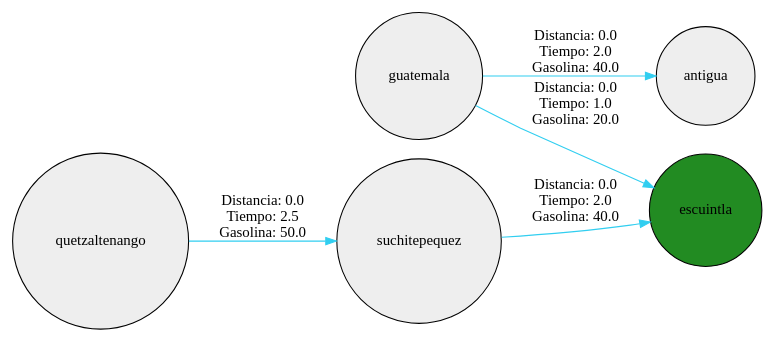
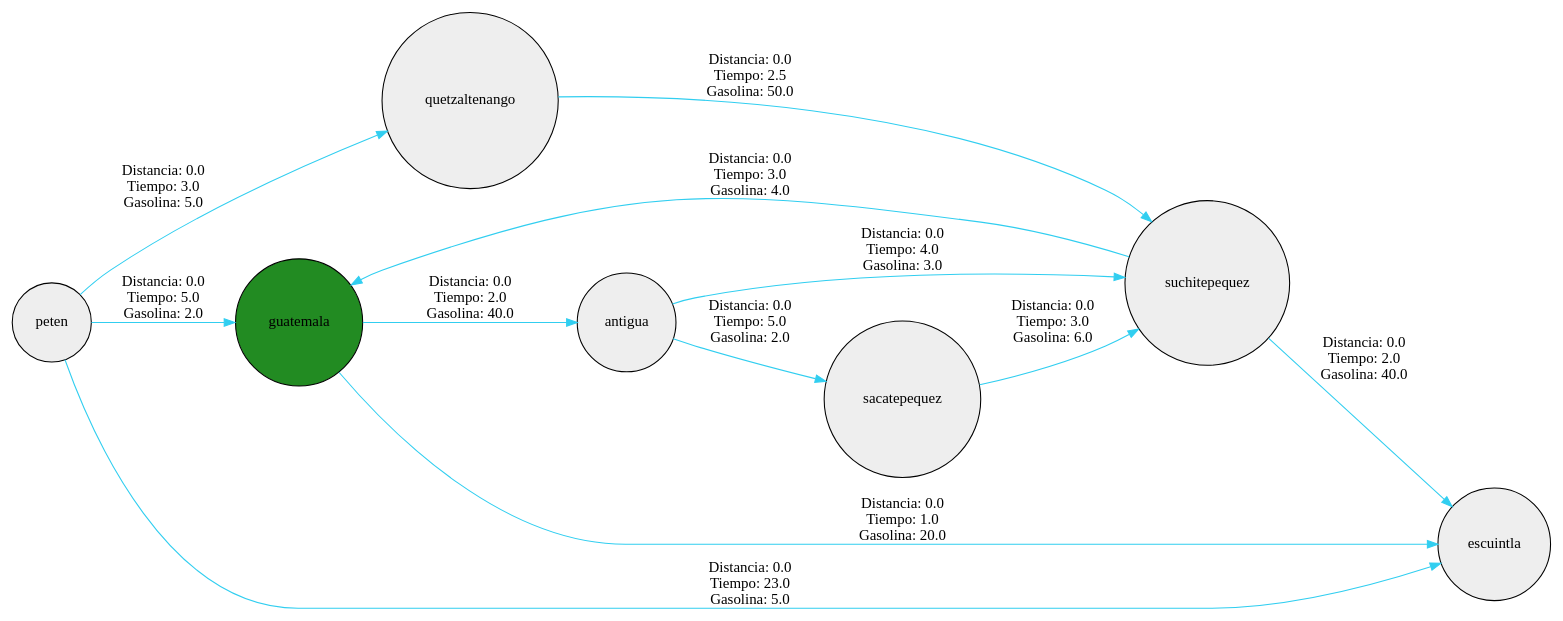
Before and after one commit to Fxhnd13/ProyectoFinalEstructuraDeDatos: the diagram in src/Images/grafo.dot, drawn with Graphviz. The commit also changed 16 other files, not shown here.

```diff
--- a/src/Images/grafo.dot
+++ b/src/Images/grafo.dot
@@ -1,20 +1,41 @@
 digraph G{
      node[shape=circle];
      node[style=filled];
      node[fillcolor="#EEEEEE"];
      edge[color="#31CEF0"];
      guatemala->escuintla[label="Distancia: 0.0
 Tiempo: 1.0
 Gasolina: 20.0"];
      guatemala->antigua[label="Distancia: 0.0
 Tiempo: 2.0
 Gasolina: 40.0"];
      suchitepequez->escuintla[label="Distancia: 0.0
 Tiempo: 2.0
 Gasolina: 40.0"];
      quetzaltenango->suchitepequez[label="Distancia: 0.0
 Tiempo: 2.5
 Gasolina: 50.0"];
-     escuintla[fillcolor="forestgreen"];
+     sacatepequez->suchitepequez[label="Distancia: 0.0
+Tiempo: 3.0
+Gasolina: 6.0"];
+     peten->guatemala[label="Distancia: 0.0
+Tiempo: 5.0
+Gasolina: 2.0"];
+     peten->quetzaltenango[label="Distancia: 0.0
+Tiempo: 3.0
+Gasolina: 5.0"];
+     peten->escuintla[label="Distancia: 0.0
+Tiempo: 23.0
+Gasolina: 5.0"];
+     suchitepequez->guatemala[label="Distancia: 0.0
+Tiempo: 3.0
+Gasolina: 4.0"];
+     antigua->suchitepequez[label="Distancia: 0.0
+Tiempo: 4.0
+Gasolina: 3.0"];
+     antigua->sacatepequez[label="Distancia: 0.0
+Tiempo: 5.0
+Gasolina: 2.0"];
+     guatemala[fillcolor="forestgreen"];
      rankdir=LR;
 }
```
